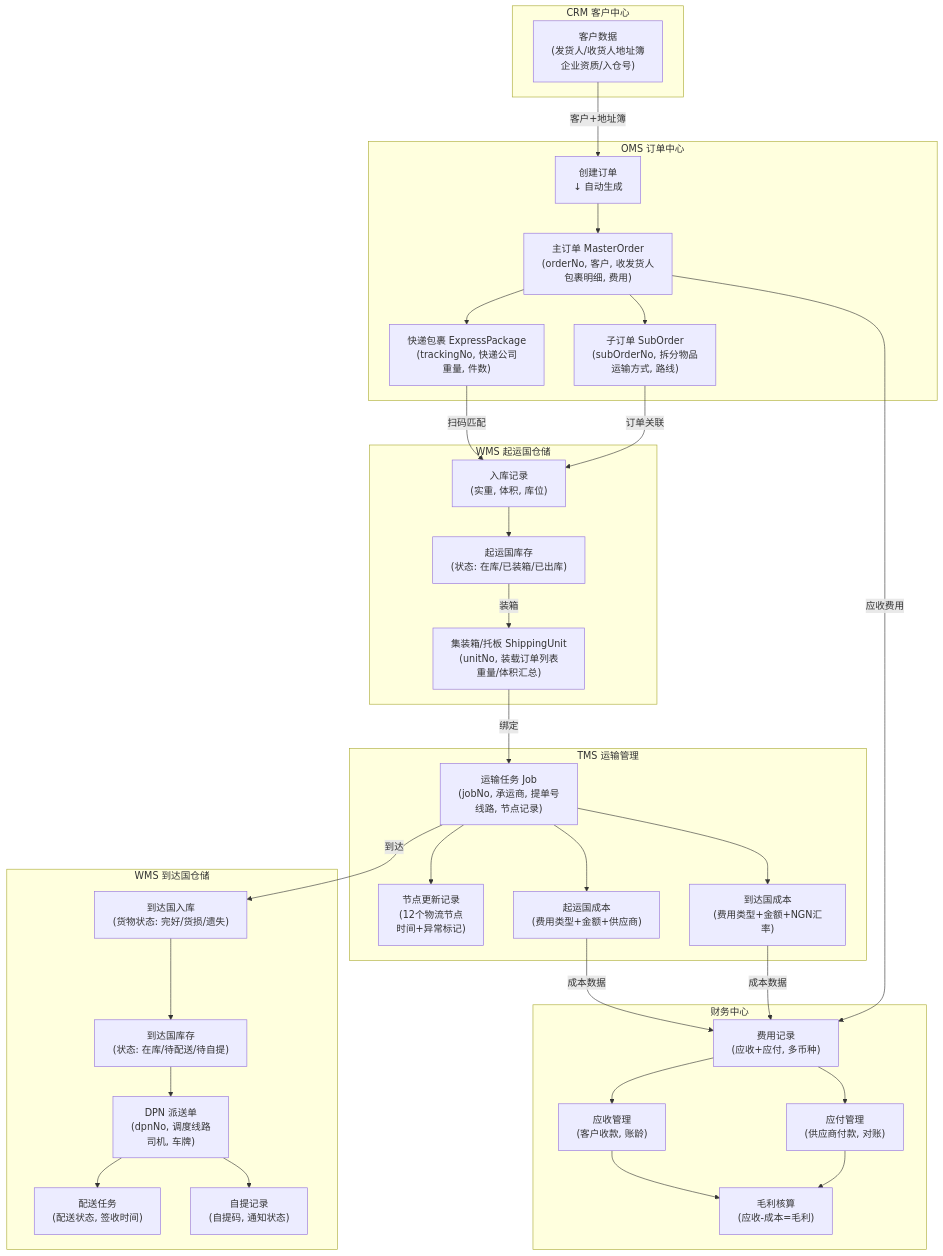
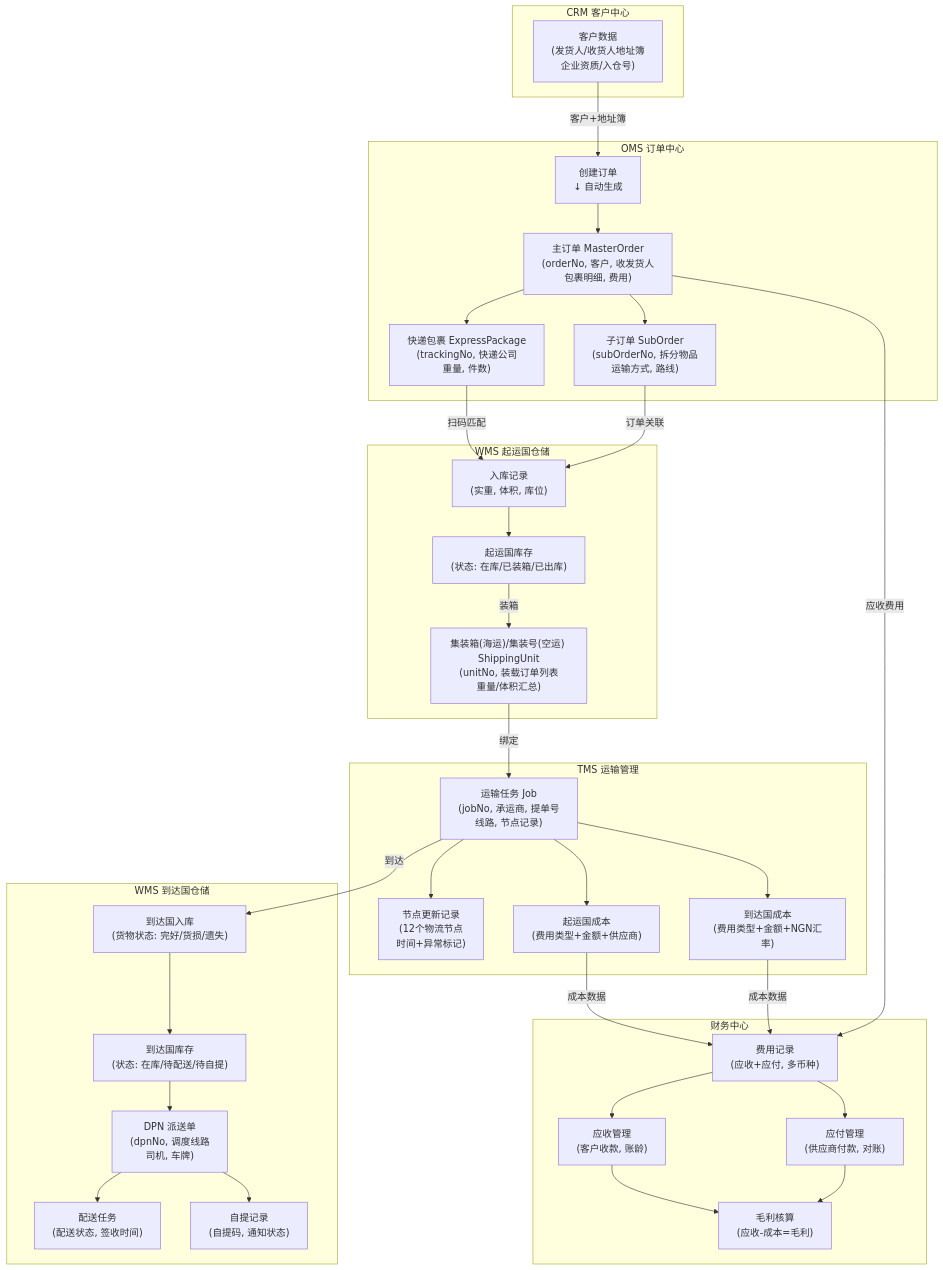
Diagram 23 of 27 in .kiro/specs/full-system-requirements/modules/00-系统总体需求规格说明书-20260408.md (Yitiaoyu686/logistics-app), drawn with Mermaid before and after one commit. The commit also changed other lines of this file and 3 other files, not shown here.

First line of the commit message:
fix: correct terminology - 任务执行/集装箱/集装号 per actual UI

````diff
--- a/.kiro/specs/full-system-requirements/modules/00-系统总体需求规格说明书-20260408.md
+++ b/.kiro/specs/full-system-requirements/modules/00-系统总体需求规格说明书-20260408.md
@@ -845,64 +845,64 @@
 ```mermaid
 graph TD
     subgraph CRM["CRM 客户中心"]
         CLIENT_DATA["客户数据<br/>(发货人/收货人地址簿<br/>企业资质/入仓号)"]
     end
 
     subgraph OMS["OMS 订单中心"]
         ORDER_CREATE["创建订单<br/>↓ 自动生成"]
         MASTER["主订单 MasterOrder<br/>(orderNo, 客户, 收发货人<br/>包裹明细, 费用)"]
         SUB["子订单 SubOrder<br/>(subOrderNo, 拆分物品<br/>运输方式, 路线)"]
         PACKAGE["快递包裹 ExpressPackage<br/>(trackingNo, 快递公司<br/>重量, 件数)"]
     end
 
     subgraph WMS_O["WMS 起运国仓储"]
         INBOUND["入库记录<br/>(实重, 体积, 库位)"]
         STOCK_O["起运国库存<br/>(状态: 在库/已装箱/已出库)"]
-        UNIT["集装箱/托板 ShippingUnit<br/>(unitNo, 装载订单列表<br/>重量/体积汇总)"]
+        UNIT["集装箱(海运)/集装号(空运) ShippingUnit<br/>(unitNo, 装载订单列表<br/>重量/体积汇总)"]
     end
 
     subgraph TMS["TMS 运输管理"]
         JOB_DATA["运输任务 Job<br/>(jobNo, 承运商, 提单号<br/>线路, 节点记录)"]
         NODE["节点更新记录<br/>(12个物流节点<br/>时间+异常标记)"]
         COST_POL["起运国成本<br/>(费用类型+金额+供应商)"]
         COST_POD["到达国成本<br/>(费用类型+金额+NGN汇率)"]
     end
 
     subgraph WMS_D["WMS 到达国仓储"]
         INBOUND_D["到达国入库<br/>(货物状态: 完好/货损/遗失)"]
         STOCK_D["到达国库存<br/>(状态: 在库/待配送/待自提)"]
         DPN_DATA["DPN 派送单<br/>(dpnNo, 调度线路<br/>司机, 车牌)"]
         DELIVERY["配送任务<br/>(配送状态, 签收时间)"]
         PICKUP["自提记录<br/>(自提码, 通知状态)"]
     end
 
     subgraph FIN["财务中心"]
         FEE_DATA["费用记录<br/>(应收+应付, 多币种)"]
         RECEIVABLE["应收管理<br/>(客户收款, 账龄)"]
         PAYABLE["应付管理<br/>(供应商付款, 对账)"]
         PROFIT["毛利核算<br/>(应收-成本=毛利)"]
     end
 
     CLIENT_DATA -->|客户+地址簿| ORDER_CREATE
     ORDER_CREATE --> MASTER --> SUB & PACKAGE
 
     PACKAGE -->|扫码匹配| INBOUND
     SUB -->|订单关联| INBOUND
     INBOUND --> STOCK_O
     STOCK_O -->|装箱| UNIT
     UNIT -->|绑定| JOB_DATA
 
     JOB_DATA --> NODE
     JOB_DATA --> COST_POL
     JOB_DATA --> COST_POD
 
     JOB_DATA -->|到达| INBOUND_D
     INBOUND_D --> STOCK_D
     STOCK_D --> DPN_DATA
     DPN_DATA --> DELIVERY & PICKUP
 
     COST_POL & COST_POD -->|成本数据| FEE_DATA
     MASTER -->|应收费用| FEE_DATA
     FEE_DATA --> RECEIVABLE & PAYABLE
     RECEIVABLE & PAYABLE --> PROFIT
 ```
````
